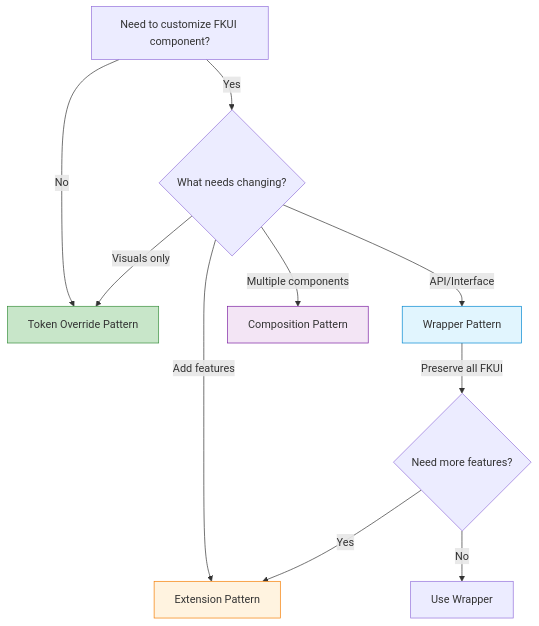
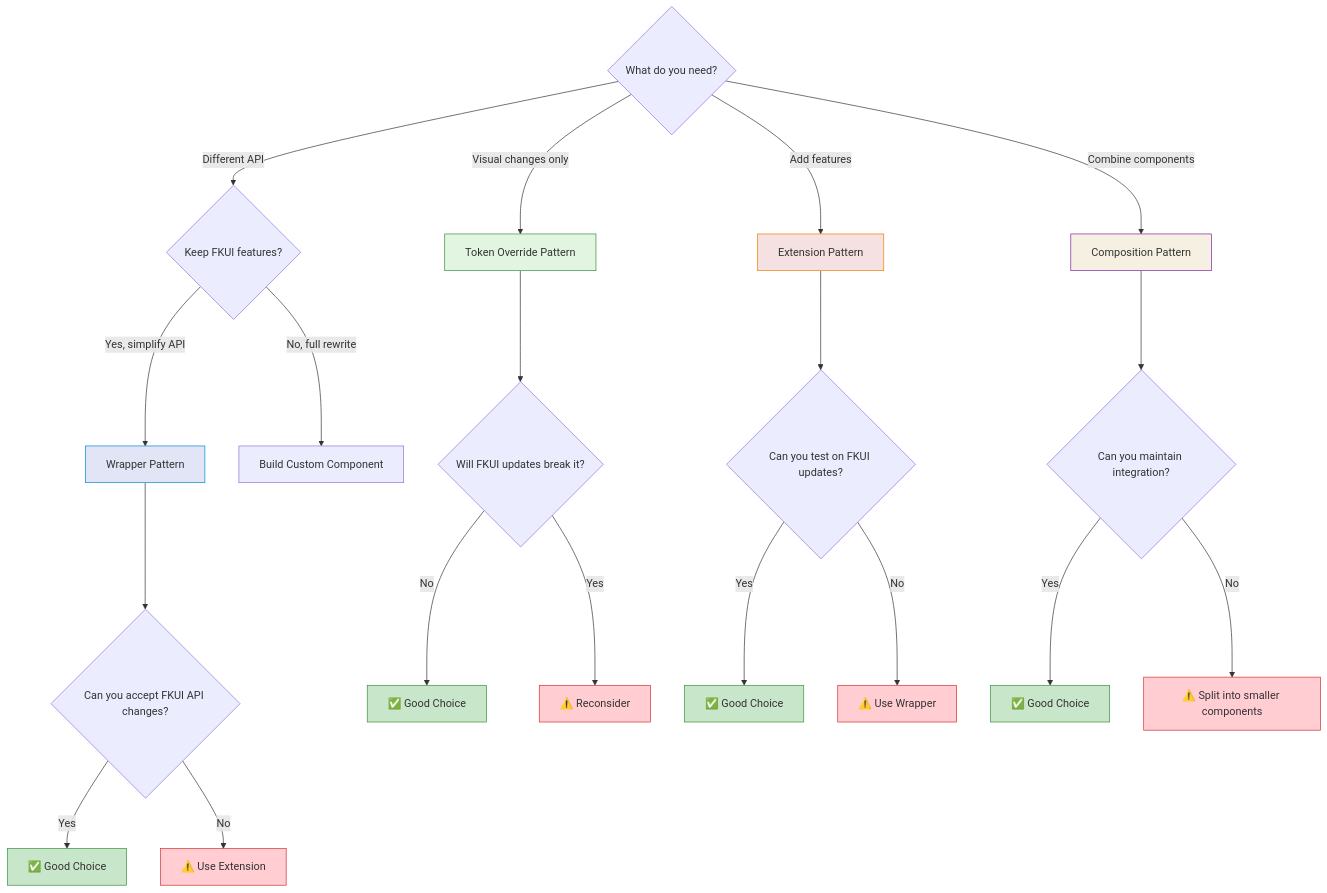
One commit to pattespatte/ehmds-on-fkui-test changed the first of 3 diagrams in docs/architecture/comparison.md. Above: the diagram before and after it, drawn with Mermaid. The commit also changed other lines of this file and 16 other files, not shown here.

First line of the commit message:
Implement architectural feedback improvements

````diff
--- a/docs/architecture/comparison.md
+++ b/docs/architecture/comparison.md
@@ -18,19 +18,41 @@
 ```mermaid
 graph TD
-    Start[Need to customize FKUI component?] -->|No| TokenOverride[Token Override Pattern]
-    Start -->|Yes| WhatChange{What needs changing?}
+    Start{What do you need?}
+    Start -->|Visual changes only| TokenOverride[Token Override Pattern]
+    Start -->|Different API| APICheck{Keep FKUI features?}
+    Start -->|Add features| Extension[Extension Pattern]
+    Start -->|Combine components| Composition[Composition Pattern]
 
-    WhatChange -->|Visuals only| TokenOverride
-    WhatChange -->|API/Interface| Wrapper[Wrapper Pattern]
-    WhatChange -->|Add features| Extension[Extension Pattern]
-    WhatChange -->|Multiple components| Composition[Composition Pattern]
+    APICheck -->|Yes, simplify API| Wrapper[Wrapper Pattern]
+    APICheck -->|No, full rewrite| Custom[Build Custom Component]
 
-    Wrapper -->|Preserve all FKUI| ExtQuestion{Need more features?}
-    ExtQuestion -->|Yes| Extension
-    ExtQuestion -->|No| WrapperDone[Use Wrapper]
+    TokenOverride --> Validate1{Will FKUI updates break it?}
+    Wrapper --> Validate2{Can you accept FKUI API changes?}
+    Extension --> Validate3{Can you test on FKUI updates?}
+    Composition --> Validate4{Can you maintain integration?}
 
-    style TokenOverride fill:#c8e6c9,stroke:#388e3c
-    style Wrapper fill:#e1f5fe,stroke:#0288d1
-    style Extension fill:#fff3e0,stroke:#f57c00
-    style Composition fill:#f3e5f5,stroke:#7b1fa2
+    Validate1 -->|No| Good1[✅ Good Choice]
+    Validate1 -->|Yes| Reconsider1[⚠️ Reconsider]
+
+    Validate2 -->|Yes| Good2[✅ Good Choice]
+    Validate2 -->|No| Reconsider2[⚠️ Use Extension]
+
+    Validate3 -->|Yes| Good3[✅ Good Choice]
+    Validate3 -->|No| Reconsider3[⚠️ Use Wrapper]
+
+    Validate4 -->|Yes| Good4[✅ Good Choice]
+    Validate4 -->|No| Reconsider4[⚠️ Split into smaller components]
+
+    style TokenOverride fill:#e1f5e1,stroke:#388e3c
+    style Wrapper fill:#e1e5f5,stroke:#0288d1
+    style Extension fill:#f5e1e1,stroke:#f57c00
+    style Composition fill:#f5f0e1,stroke:#7b1fa2
+    style Good1 fill:#c8e6c9,stroke:#388e3c
+    style Good2 fill:#c8e6c9,stroke:#388e3c
+    style Good3 fill:#c8e6c9,stroke:#388e3c
+    style Good4 fill:#c8e6c9,stroke:#388e3c
+    style Reconsider1 fill:#ffcdd2,stroke:#d32f2f
+    style Reconsider2 fill:#ffcdd2,stroke:#d32f2f
+    style Reconsider3 fill:#ffcdd2,stroke:#d32f2f
+    style Reconsider4 fill:#ffcdd2,stroke:#d32f2f
 ```
````
